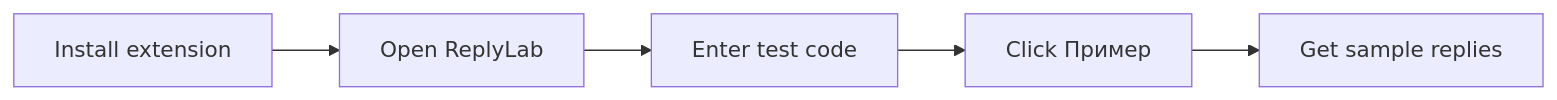
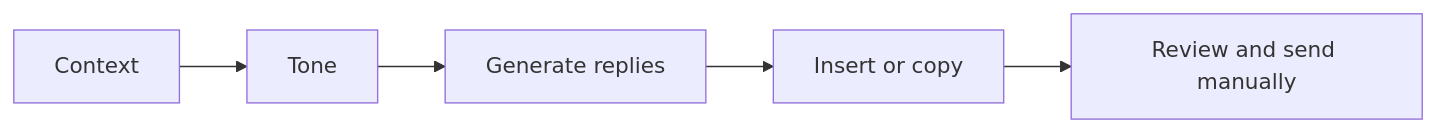
One commit to kostia7alania/replylab-extension changed the diagram in docs/README.en.md. Above: the diagram before and after it, drawn with Mermaid. The commit also changed other lines of this file and 17 other files, not shown here.

````diff
--- a/docs/README.en.md
+++ b/docs/README.en.md
@@ -23,7 +29,7 @@
 ```mermaid
 flowchart LR
-    A[Install extension] --> B[Open ReplyLab]
-    B --> C[Enter test code]
-    C --> D[Click Пример]
-    D --> E[Get sample replies]
+    A[Context] --> B[Tone]
+    B --> C[Generate replies]
+    C --> D[Insert or copy]
+    D --> E[Review and send manually]
 ```
````
